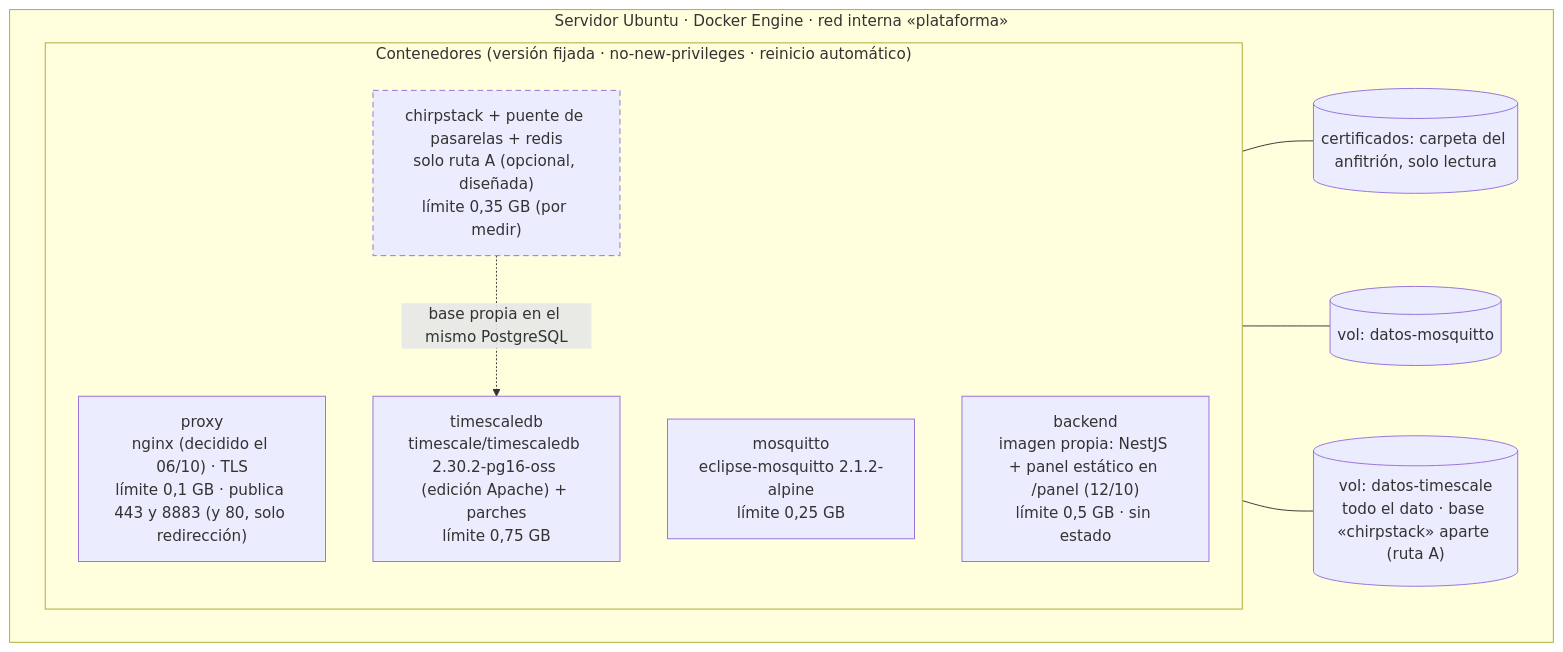
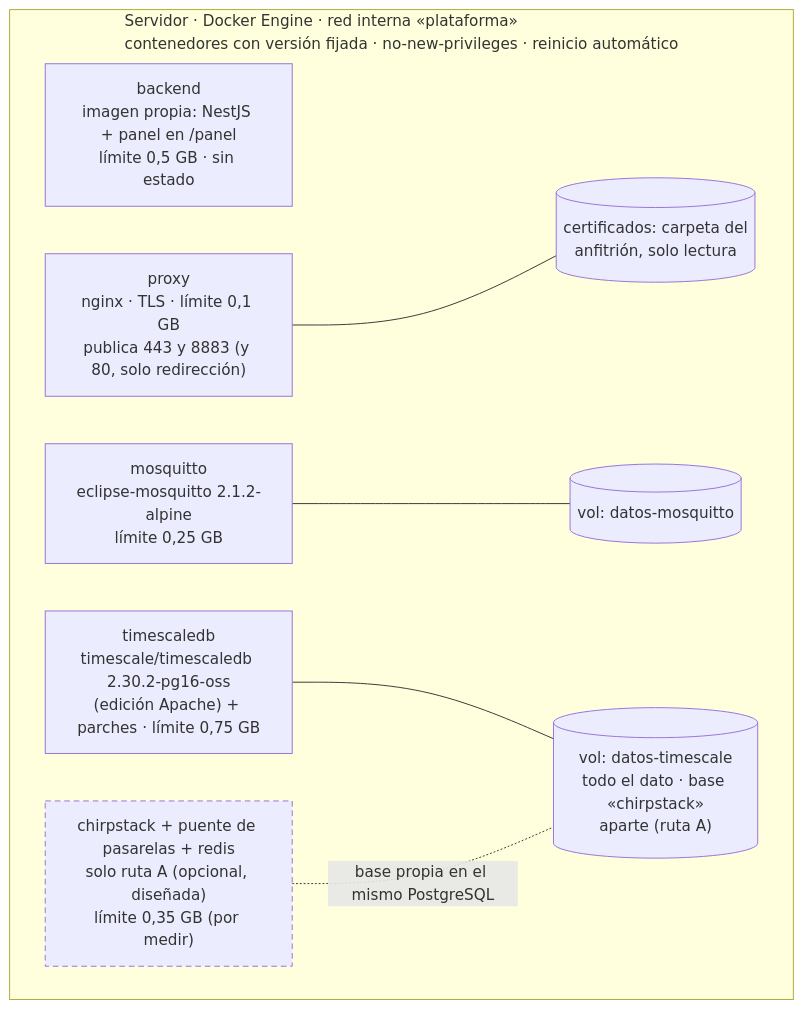
The diagram in informe-oficial/figuras/mermaid/despliegue.mmd (vicenterami/tesis), drawn with Mermaid before and after one commit. The commit also changed 27 other files, not shown here.

```diff
--- a/informe-oficial/figuras/mermaid/despliegue.mmd
+++ b/informe-oficial/figuras/mermaid/despliegue.mmd
@@ -1,21 +1,20 @@
-flowchart TB
-    subgraph HOST["Servidor Ubuntu · Docker Engine · red interna «plataforma»"]
+%%{init: {"flowchart": {"subGraphTitleMargin": {"top": 0, "bottom": 22}}}}%%
+flowchart LR
+    subgraph HOST["Servidor · Docker Engine · red interna «plataforma»<br/>contenedores con versión fijada · no-new-privileges · reinicio automático"]
         direction LR
-        subgraph SVC["Contenedores (versión fijada · no-new-privileges · reinicio automático)"]
-            direction TB
-            C5["proxy<br/>nginx (decidido el 06/10) · TLS<br/>límite 0,1 GB · publica 443 y 8883 (y 80, solo redirección)"]
-            C1["mosquitto<br/>eclipse-mosquitto 2.1.2-alpine<br/>límite 0,25 GB"]
-            C2["chirpstack + puente de pasarelas + redis<br/>solo ruta A (opcional, diseñada)<br/>límite 0,35 GB (por medir)"]
-            C4["backend<br/>imagen propia: NestJS + panel estático en /panel (12/10)<br/>límite 0,5 GB · sin estado"]
-            C3["timescaledb<br/>timescale/timescaledb 2.30.2-pg16-oss (edición Apache) + parches<br/>límite 0,75 GB"]
-        end
-        V4[("certificados: carpeta del anfitrión, solo lectura")]
+        C5["proxy<br/>nginx · TLS · límite 0,1 GB<br/>publica 443 y 8883 (y 80, solo redirección)"]
+        C1["mosquitto<br/>eclipse-mosquitto 2.1.2-alpine<br/>límite 0,25 GB"]
+        C4["backend<br/>imagen propia: NestJS + panel en /panel<br/>límite 0,5 GB · sin estado"]
+        C3["timescaledb<br/>timescale/timescaledb 2.30.2-pg16-oss<br/>(edición Apache) + parches · límite 0,75 GB"]
+        C2["chirpstack + puente de pasarelas + redis<br/>solo ruta A (opcional, diseñada)<br/>límite 0,35 GB (por medir)"]
+        V4[("certificados: carpeta del<br/>anfitrión, solo lectura")]
         V2[("vol: datos-mosquitto")]
-        V1[("vol: datos-timescale<br/>todo el dato · base «chirpstack» aparte (ruta A)")]
+        V1[("vol: datos-timescale<br/>todo el dato · base «chirpstack»<br/>aparte (ruta A)")]
     end
+    C4 ~~~ V4
     C5 --- V4
     C1 --- V2
     C3 --- V1
-    C2 -. "base propia en el mismo PostgreSQL" .-> C3
+    C2 -. "base propia en el mismo PostgreSQL" .- V1
     classDef opcional stroke-dasharray:6 4
     class C2 opcional
```
